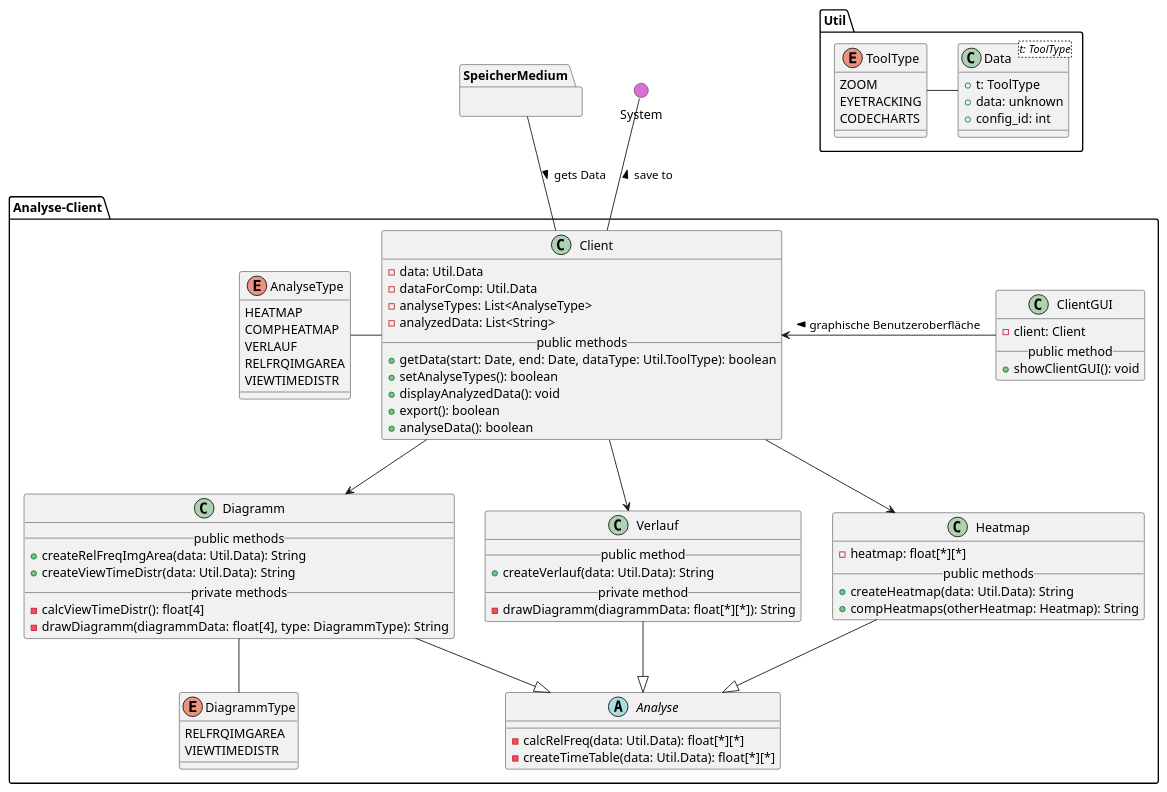
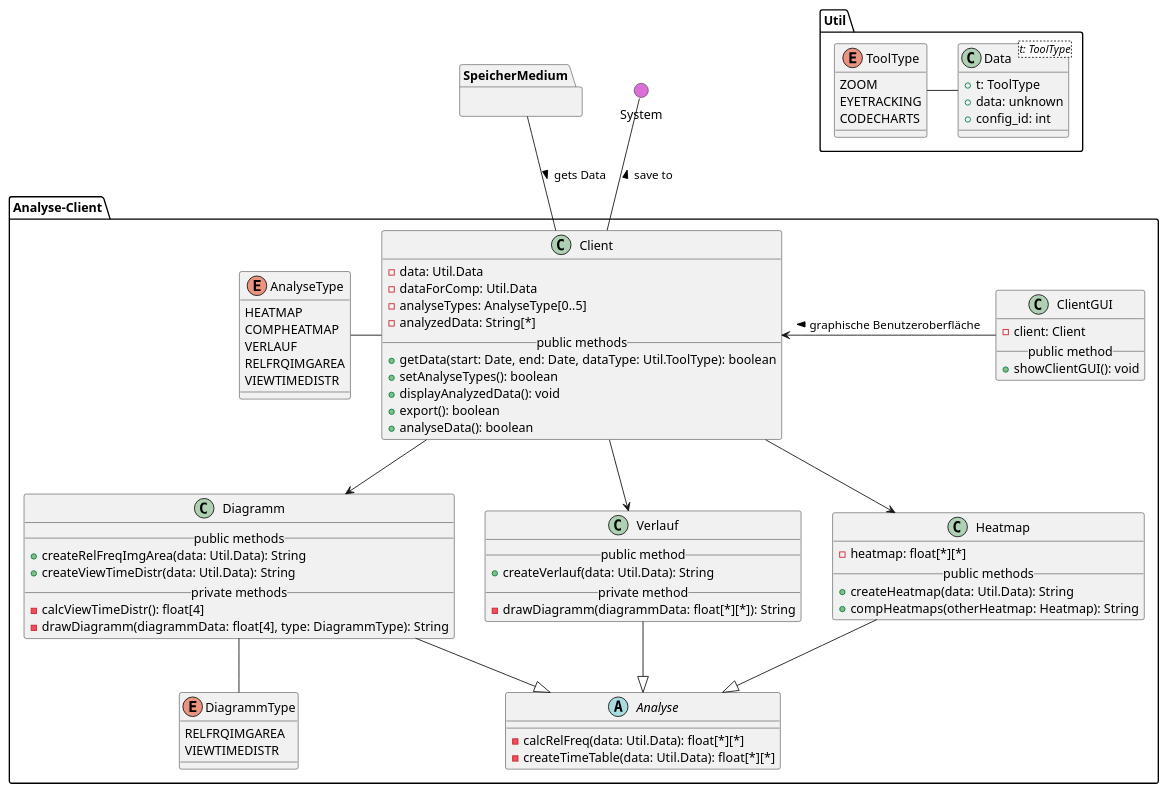
Before and after one commit to weichware10/meilensteine: the diagram in meilenstein_03/uml-analyse-client/analyseclient.puml, drawn with PlantUML.

Commit message:
Listendarstellung Client

```diff
--- a/meilenstein_03/uml-analyse-client/analyseclient.puml
+++ b/meilenstein_03/uml-analyse-client/analyseclient.puml
@@ -1,118 +1,118 @@
 @startuml analyseclient
 
 ' === ANALYSE CLIENT ===
 package Analyse-Client{
 
     ' Client
     class Client {
         - data: Util.Data
         - dataForComp: Util.Data
-        - analyseTypes: List<AnalyseType>
-        - analyzedData: List<String>
+        - analyseTypes: AnalyseType[0..5]
+        - analyzedData: String[*]
         __public methods__
         + getData(start: Date, end: Date, dataType: Util.ToolType): boolean
         + setAnalyseTypes(): boolean
         + displayAnalyzedData(): void
         + export(): boolean
         + analyseData(): boolean
     }
 
     ' Analyse
     abstract Analyse {
         - calcRelFreq(data: Util.Data): float[*][*]
         - createTimeTable(data: Util.Data): float[*][*]
     }
 
     ' Heatmap
     class Heatmap {
         - heatmap: float[*][*]
         __public methods__
         + createHeatmap(data: Util.Data): String
         + compHeatmaps(otherHeatmap: Heatmap): String
     }
 
     ' Verlauf
     class Verlauf {
         __public method__
         + createVerlauf(data: Util.Data): String
         __private method__
         - drawDiagramm(diagrammData: float[*][*]): String
     }
 
     ' Diagramm
     class Diagramm {
         __public methods__
         + createRelFreqImgArea(data: Util.Data): String
         + createViewTimeDistr(data: Util.Data): String
         __private methods__
         - calcViewTimeDistr(): float[4]
         - drawDiagramm(diagrammData: float[4], type: DiagrammType): String
     }
 
     ' DiagrammType
     enum DiagrammType {
         RELFRQIMGAREA
         VIEWTIMEDISTR
     }
 
     ' Type
     enum AnalyseType {
         HEATMAP
         COMPHEATMAP
         VERLAUF
         RELFRQIMGAREA
         VIEWTIMEDISTR
     }
 
     ' ClientGUI
     class ClientGUI {
         - client: Client
         __public method__
         + showClientGUI(): void
     }
 
     ' Vererbung
     Analyse <|-u- Heatmap
     Analyse <|-u- Verlauf
     Analyse <|-u- Diagramm
 
     ' Interaktionen
     Client -d-> Heatmap
     Client -d-> Verlauf
     Client -d-> Diagramm
     Client -l- AnalyseType
     Client <-r- ClientGUI : < graphische Benutzeroberfläche
     Diagramm -- DiagrammType
 
 }
 
 ' Blackbox
 package SpeicherMedium {}
 
 package Util {
 
     ' Typen der erhobenen Daten
     enum ToolType {
         ZOOM
         EYETRACKING
         CODECHARTS
     }
 
     ' Daten
     class Data<t: ToolType> {
         + t: ToolType
         + data: unknown
         + config_id: int
     }
 
     ' Interaktionen
     Data -l- ToolType
 }
 
 () System #DA70D5
 
 ' Interaktionen
 Client -u- System: > save to
 Client -u- SpeicherMedium : < gets Data
 
 @enduml
```
